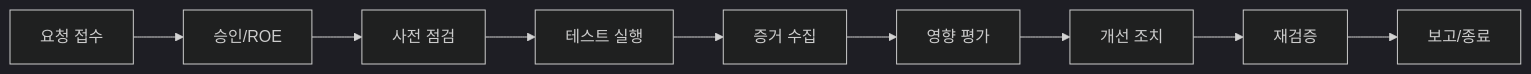
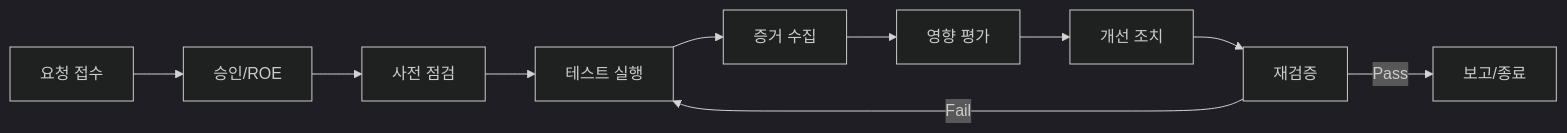
The diagram in docs/2026-02-12_docs-3.md (TalkCRM/guardian-cli), drawn with Mermaid (dark theme) before and after one commit. The commit also changed other lines of this file and 2 other files, not shown here.

````diff
--- a/docs/2026-02-12_docs-3.md
+++ b/docs/2026-02-12_docs-3.md
@@ -24,11 +31,12 @@
 ```mermaid
 flowchart LR
   A[요청 접수] --> B[승인/ROE]
   B --> C[사전 점검]
   C --> D[테스트 실행]
   D --> E[증거 수집]
   E --> F[영향 평가]
   F --> G[개선 조치]
   G --> H[재검증]
-  H --> I[보고/종료]
+  H -->|Fail| D
+  H -->|Pass| I[보고/종료]
 ```
````
